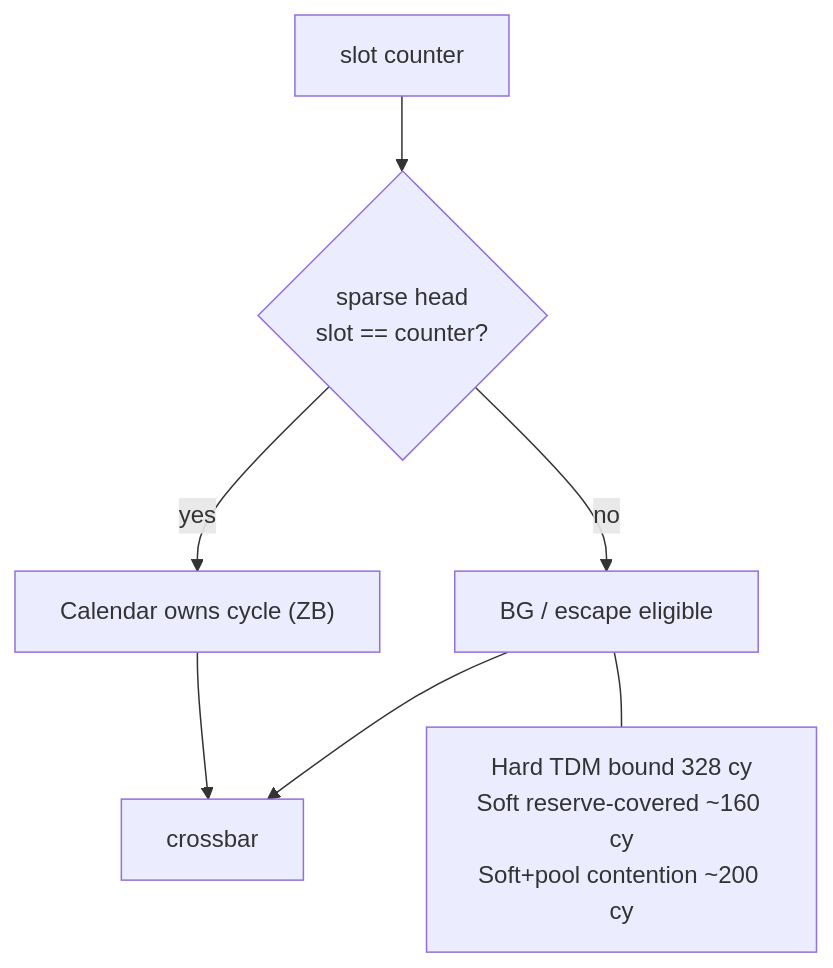
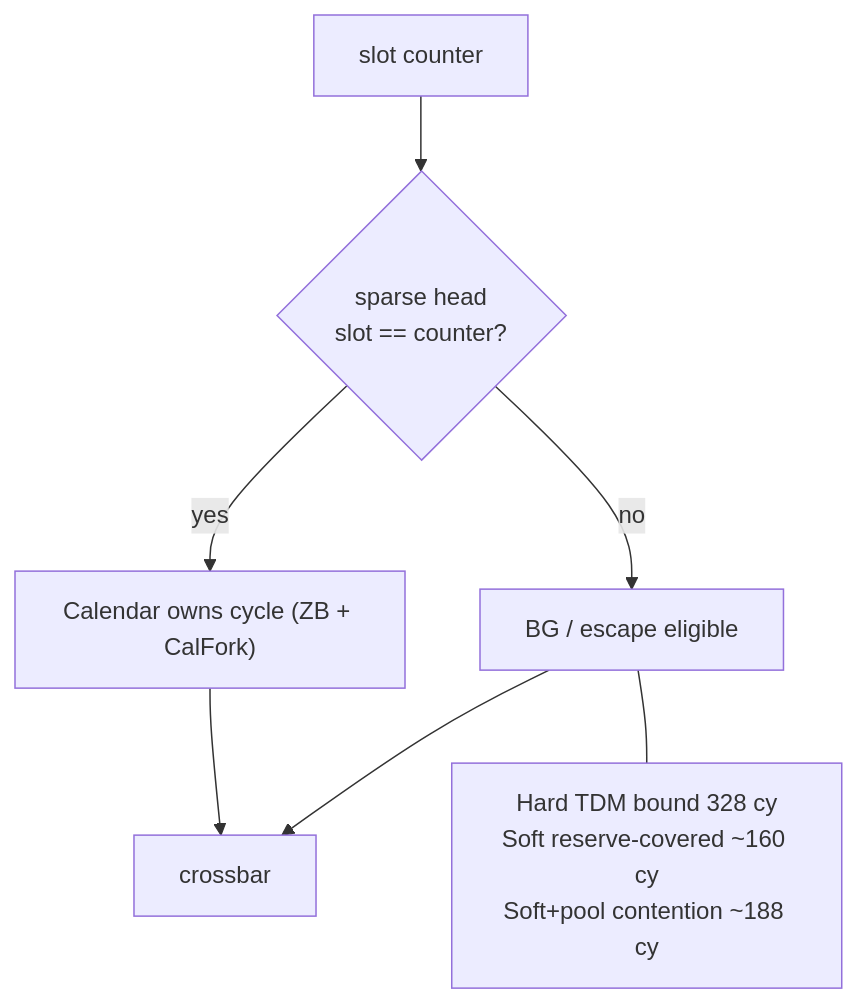
The fourth of 5 diagrams in docs/phase-2-architecture/architecture-diagram.md (lukebest/booksim2), drawn with Mermaid before and after one commit. The commit also changed other lines of this file and 30 other files, not shown here.

First line of the commit message:
dse: Trial 5 Arch-A5 CalFork + lean SharedPool — area 0.746×

````diff
--- a/docs/phase-2-architecture/architecture-diagram.md
+++ b/docs/phase-2-architecture/architecture-diagram.md
@@ -94,10 +94,10 @@
 ```mermaid
 flowchart TB
   CTR["slot counter"] --> MATCH{"sparse head<br/>slot == counter?"}
-  MATCH -->|yes| CAL["Calendar owns cycle (ZB)"]
+  MATCH -->|yes| CAL["Calendar owns cycle (ZB + CalFork)"]
   MATCH -->|no| BG["BG / escape eligible"]
   CAL --> XBAR["crossbar"]
   BG --> XBAR
-  note["Hard TDM bound 328 cy<br/>Soft reserve-covered ~160 cy<br/>Soft+pool contention ~200 cy"]
+  note["Hard TDM bound 328 cy<br/>Soft reserve-covered ~160 cy<br/>Soft+pool contention ~188 cy"]
   BG --- note
 ```
````
